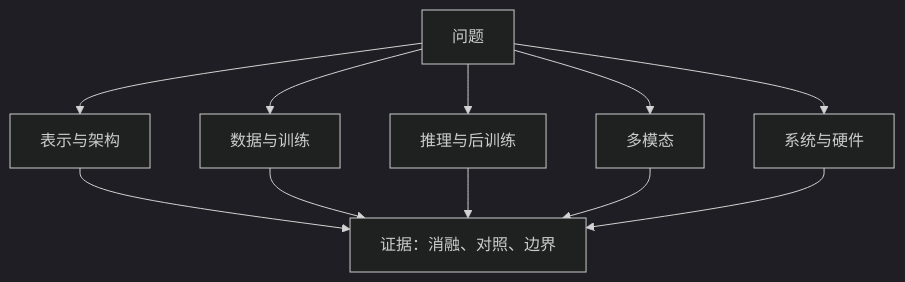
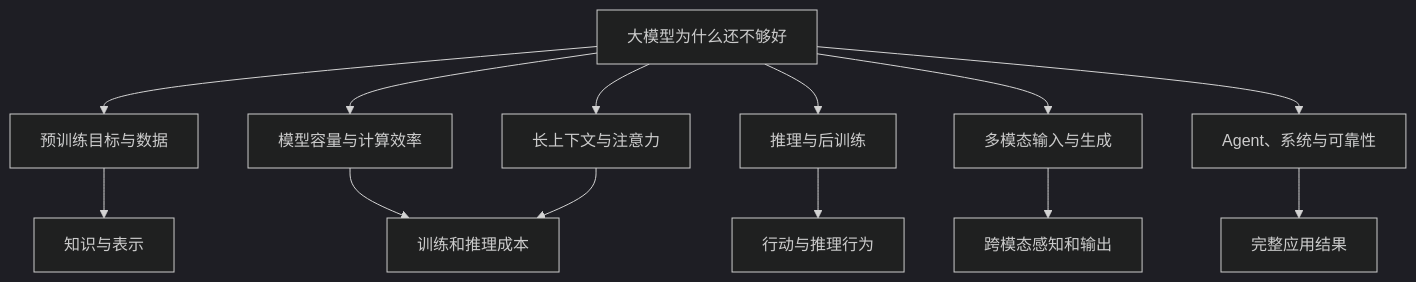
The diagram in 06-拓展知识库/论文研读/02-跨系列问题地图.md (chengzhang0528/LLMTrain), drawn with Mermaid (dark theme) before and after one commit. The commit also changed other lines of this file and 74 other files, not shown here.

````diff
--- a/06-拓展知识库/论文研读/02-跨系列问题地图.md
+++ b/06-拓展知识库/论文研读/02-跨系列问题地图.md
@@ -11,13 +7,15 @@
 ```mermaid
-flowchart TB
-  P[问题] --> A[表示与架构]
-  P --> T[数据与训练]
-  P --> R[推理与后训练]
-  P --> M[多模态]
-  P --> S[系统与硬件]
-  A --> E[证据：消融、对照、边界]
-  T --> E
-  R --> E
-  M --> E
-  S --> E
+flowchart TD
+  A[大模型为什么还不够好] --> B[预训练目标与数据]
+  A --> C[模型容量与计算效率]
+  A --> D[长上下文与注意力]
+  A --> E[推理与后训练]
+  A --> F[多模态输入与生成]
+  A --> G[Agent、系统与可靠性]
+  B --> H[知识与表示]
+  C --> I[训练和推理成本]
+  D --> I
+  E --> J[行动与推理行为]
+  F --> K[跨模态感知和输出]
+  G --> L[完整应用结果]
 ```
````
